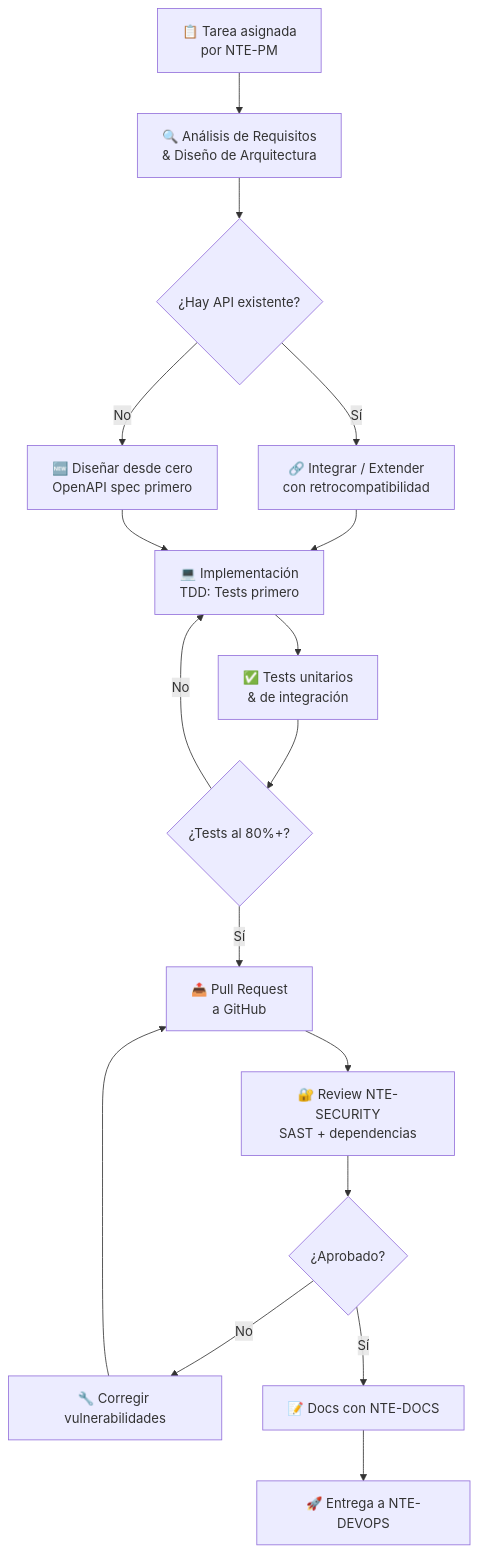
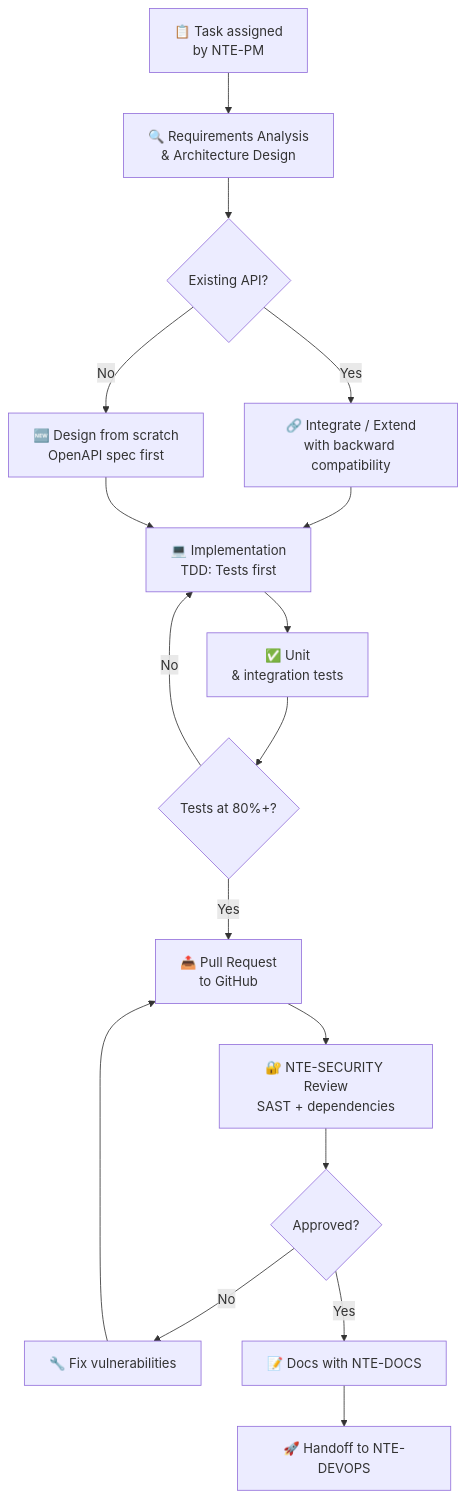
Before and after one commit to nissienterprise/nissi-openclaw-vps: the first of 2 diagrams in documentation/03-agents/software-wing/nte-backend.md, drawn with Mermaid. The commit also changed other lines of this file and 46 other files, not shown here.

````diff
--- a/documentation/03-agents/software-wing/nte-backend.md
+++ b/documentation/03-agents/software-wing/nte-backend.md
@@ -25,19 +25,19 @@
 ```mermaid
 flowchart TD
-    A["📋 Tarea asignada\npor NTE-PM"] --> B["🔍 Análisis de Requisitos\n& Diseño de Arquitectura"]
-    B --> C{"¿Hay API existente?"}
-    C -->|Sí| D["🔗 Integrar / Extender\ncon retrocompatibilidad"]
-    C -->|No| E["🆕 Diseñar desde cero\nOpenAPI spec primero"]
-    D --> F["💻 Implementación\nTDD: Tests primero"]
+    A["📋 Task assigned\nby NTE-PM"] --> B["🔍 Requirements Analysis\n& Architecture Design"]
+    B --> C{"Existing API?"}
+    C -->|Yes| D["🔗 Integrate / Extend\nwith backward compatibility"]
+    C -->|No| E["🆕 Design from scratch\nOpenAPI spec first"]
+    D --> F["💻 Implementation\nTDD: Tests first"]
     E --> F
-    F --> G["✅ Tests unitarios\n& de integración"]
-    G --> H{"¿Tests al 80%+?"}
+    F --> G["✅ Unit\n& integration tests"]
+    G --> H{"Tests at 80%+?"}
     H -->|No| F
-    H -->|Sí| I["📤 Pull Request\na GitHub"]
-    I --> J["🔐 Review NTE-SECURITY\nSAST + dependencias"]
-    J --> K{"¿Aprobado?"}
-    K -->|No| L["🔧 Corregir vulnerabilidades"]
+    H -->|Yes| I["📤 Pull Request\nto GitHub"]
+    I --> J["🔐 NTE-SECURITY Review\nSAST + dependencies"]
+    J --> K{"Approved?"}
+    K -->|No| L["🔧 Fix vulnerabilities"]
     L --> I
-    K -->|Sí| M["📝 Docs con NTE-DOCS"]
-    M --> N["🚀 Entrega a NTE-DEVOPS"]
+    K -->|Yes| M["📝 Docs with NTE-DOCS"]
+    M --> N["🚀 Handoff to NTE-DEVOPS"]
 ```
````
